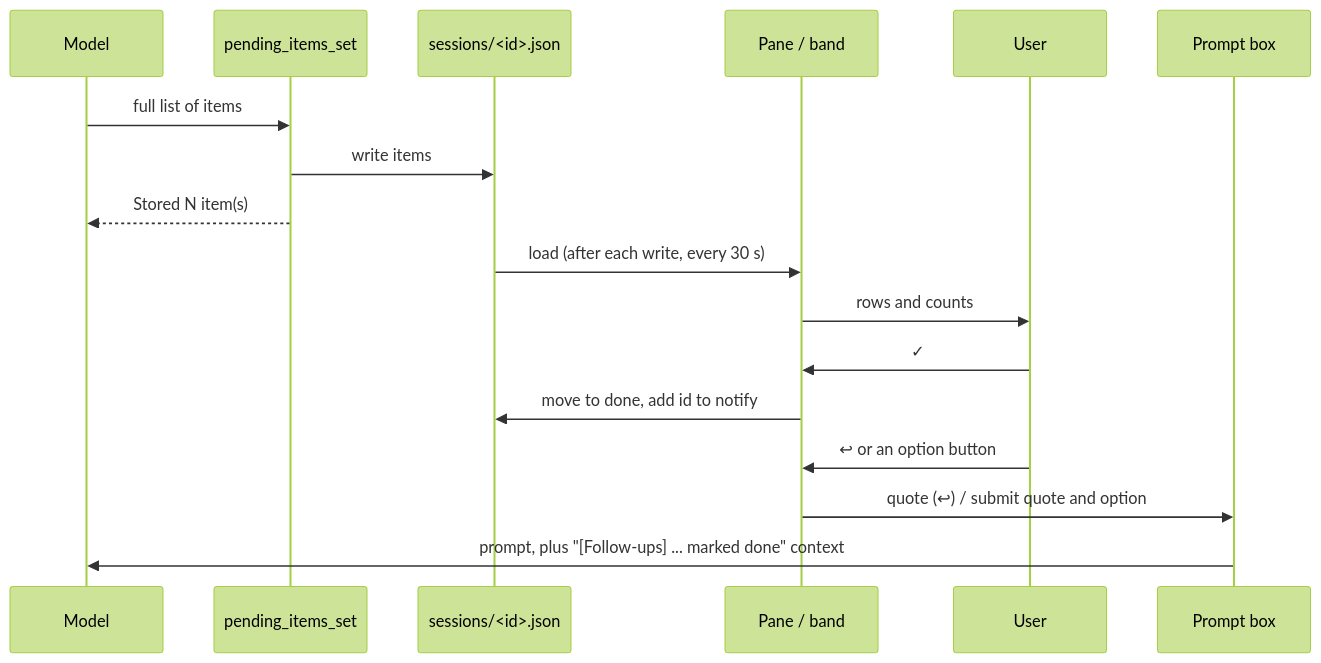
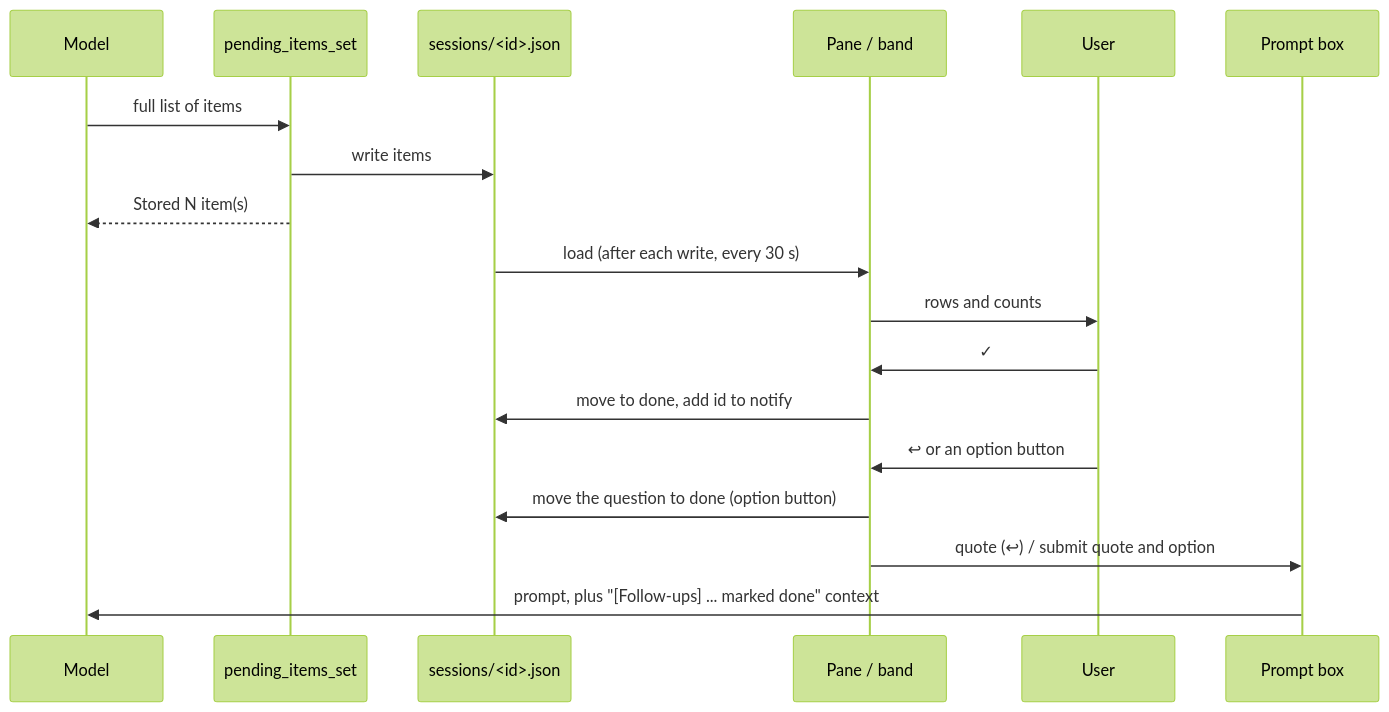
One commit to hota911/claude-follow-ups changed the diagram in README.md. Above: the diagram before and after it, drawn with Mermaid (forest theme). The commit also changed other lines of this file and 7 other files, not shown here.

First line of the commit message:
Mark a question done when one of its option buttons is pressed

````diff
--- a/README.md
+++ b/README.md
@@ -133,19 +133,20 @@
 ```mermaid
 sequenceDiagram
     participant M as Model
     participant T as pending_items_set
     participant F as sessions/<id>.json
     participant P as Pane / band
     participant U as User
     participant B as Prompt box
     M->>T: full list of items
     T->>F: write items
     T-->>M: Stored N item(s)
     F->>P: load (after each write, every 30 s)
     P->>U: rows and counts
     U->>P: ✓
     P->>F: move to done, add id to notify
     U->>P: ↩ or an option button
+    P->>F: move the question to done (option button)
     P->>B: quote (↩) / submit quote and option
     B->>M: prompt, plus "[Follow-ups] ... marked done" context
 ```
````
